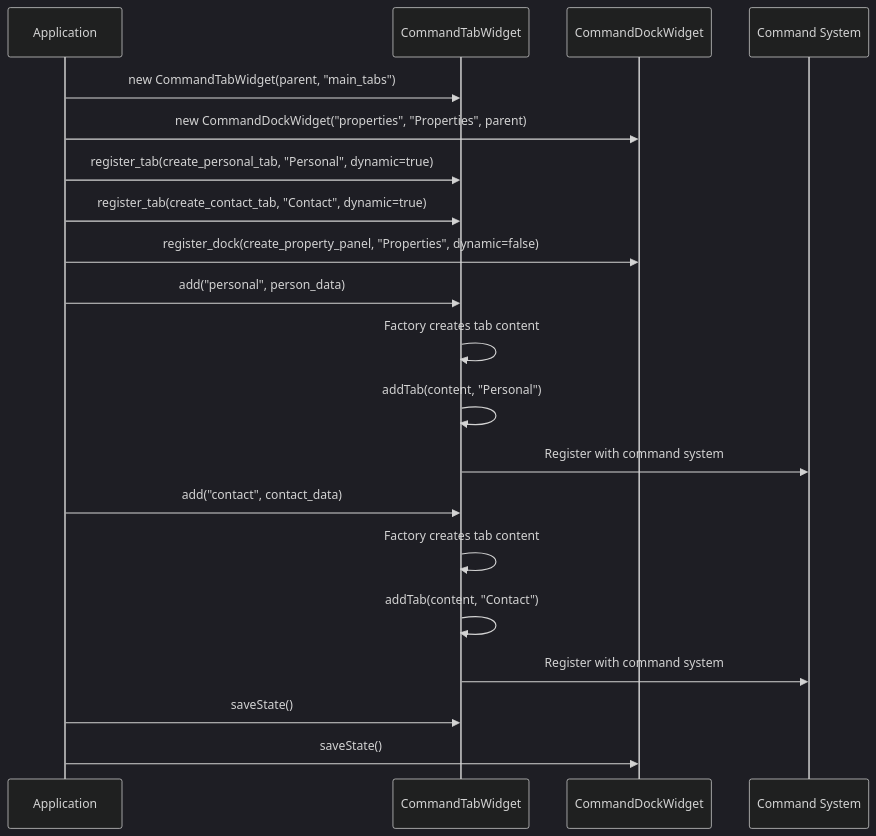
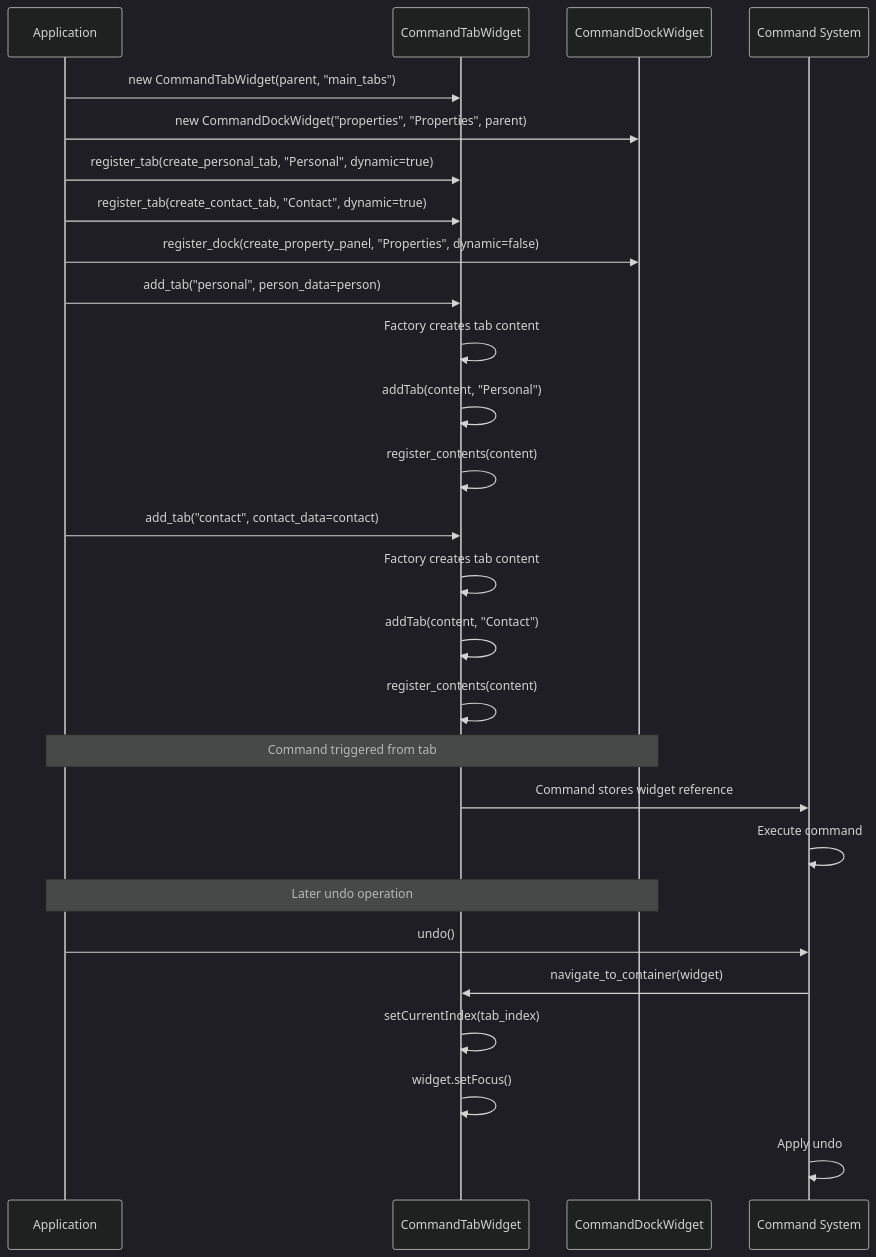
One commit to maro7tigre/PySignalDecipher changed the fourth of 4 diagrams in command_system/docs/dynamic_containers.md. Above: the diagram before and after it, drawn with Mermaid (dark theme). The commit also changed other lines of this file and 5 other files, not shown here.

````diff
--- a/command_system/docs/dynamic_containers.md
+++ b/command_system/docs/dynamic_containers.md
@@ -107,27 +153,35 @@
 ```mermaid
 sequenceDiagram
     participant App as Application
     participant Tab as CommandTabWidget
     participant Dock as CommandDockWidget
     participant Cmd as Command System
     
     App->>Tab: new CommandTabWidget(parent, "main_tabs")
     App->>Dock: new CommandDockWidget("properties", "Properties", parent)
     
     App->>Tab: register_tab(create_personal_tab, "Personal", dynamic=true)
     App->>Tab: register_tab(create_contact_tab, "Contact", dynamic=true)
     App->>Dock: register_dock(create_property_panel, "Properties", dynamic=false)
     
-    App->>Tab: add("personal", person_data)
+    App->>Tab: add_tab("personal", person_data=person)
     Tab->>Tab: Factory creates tab content
     Tab->>Tab: addTab(content, "Personal")
-    Tab->>Cmd: Register with command system
+    Tab->>Tab: register_contents(content)
     
-    App->>Tab: add("contact", contact_data)
+    App->>Tab: add_tab("contact", contact_data=contact)
     Tab->>Tab: Factory creates tab content
     Tab->>Tab: addTab(content, "Contact") 
-    Tab->>Cmd: Register with command system
+    Tab->>Tab: register_contents(content)
     
-    App->>Tab: saveState()
-    App->>Dock: saveState()
+    Note over App,Dock: Command triggered from tab
+    Tab->>Cmd: Command stores widget reference
+    Cmd->>Cmd: Execute command
+    
+    Note over App,Dock: Later undo operation
+    App->>Cmd: undo()
+    Cmd->>Tab: navigate_to_container(widget)
+    Tab->>Tab: setCurrentIndex(tab_index)
+    Tab->>Tab: widget.setFocus()
+    Cmd->>Cmd: Apply undo
 ```
````
